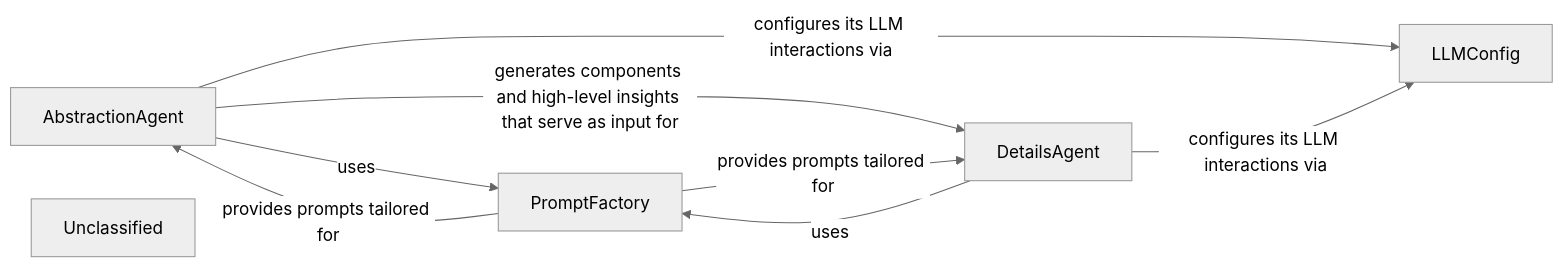
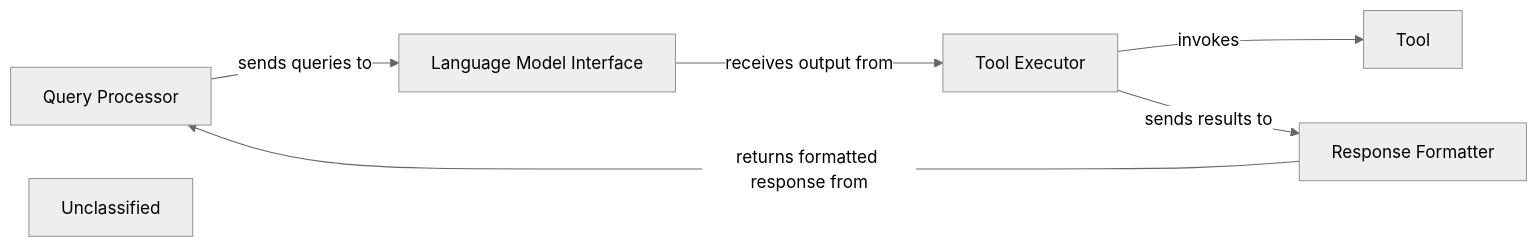
One commit to CodeBoarding/CodeBoarding changed the diagram in .codeboarding/AI_Processing_Layer.md. Above: the diagram before and after it, drawn with Mermaid (neutral theme). The commit also changed other lines of this file and 13 other files, not shown here.

First line of the commit message:
docs: update codeboarding documentation and generate architecture

````diff
--- a/.codeboarding/AI_Processing_Layer.md
+++ b/.codeboarding/AI_Processing_Layer.md
@@ -1,15 +1,13 @@
 ```mermaid
 graph LR
-    AbstractionAgent["AbstractionAgent"]
-    DetailsAgent["DetailsAgent"]
-    PromptFactory["PromptFactory"]
-    LLMConfig["LLMConfig"]
+    Query_Processor["Query Processor"]
+    Language_Model_Interface["Language Model Interface"]
+    Tool_Executor["Tool Executor"]
+    Response_Formatter["Response Formatter"]
     Unclassified["Unclassified"]
-    AbstractionAgent -- "uses" --> PromptFactory
-    PromptFactory -- "provides prompts tailored for" --> AbstractionAgent
-    AbstractionAgent -- "configures its LLM interactions via" --> LLMConfig
-    AbstractionAgent -- "generates components and high-level insights that serve as input for" --> DetailsAgent
-    DetailsAgent -- "uses" --> PromptFactory
-    PromptFactory -- "provides prompts tailored for" --> DetailsAgent
-    DetailsAgent -- "configures its LLM interactions via" --> LLMConfig
+    Query_Processor -- "sends queries to" --> Language_Model_Interface
+    Language_Model_Interface -- "receives output from" --> Tool_Executor
+    Tool_Executor -- "invokes" --> Tool
+    Tool_Executor -- "sends results to" --> Response_Formatter
+    Response_Formatter -- "returns formatted response from" --> Query_Processor
 ```
````
